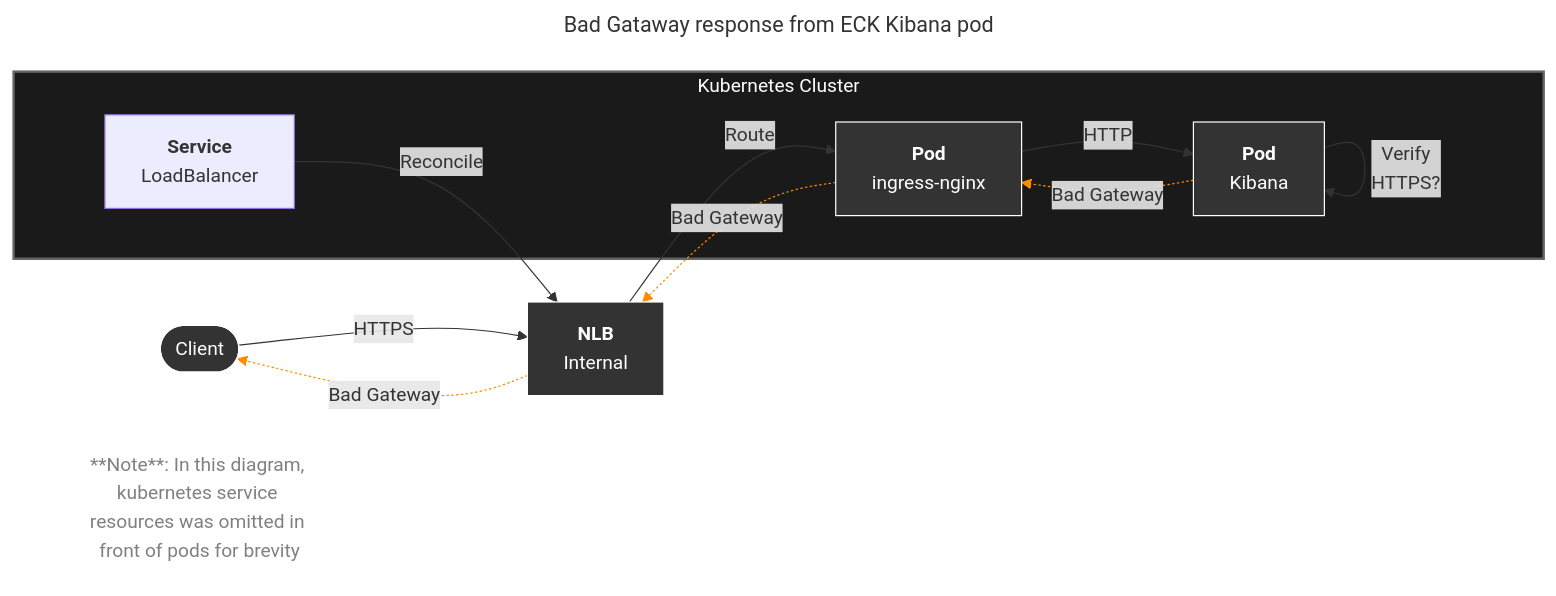
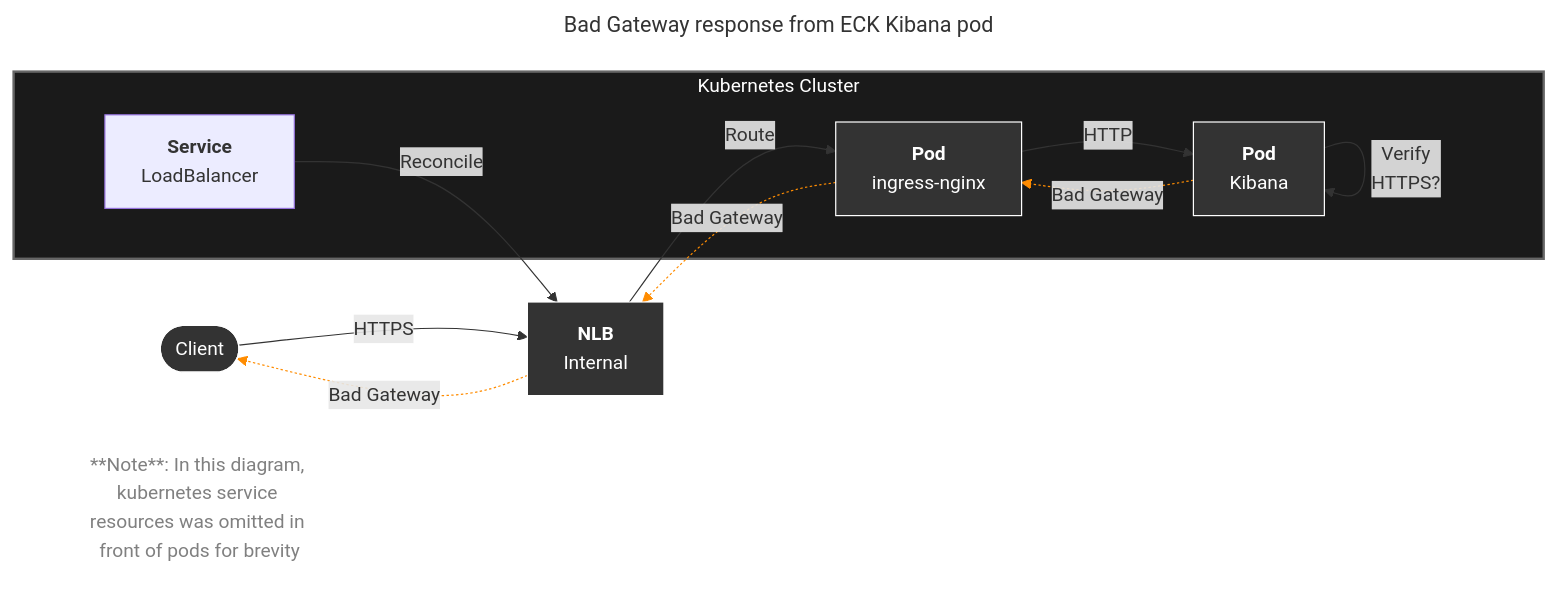
One commit to younsl/younsl.github.io changed the second of 2 diagrams in content/blog/eck-kibana-behind-ingress-nginx/index.md. Above: the diagram before and after it, drawn with Mermaid.

Commit message:
chore: Convert image to mermaid flowchart

````diff
--- a/content/blog/eck-kibana-behind-ingress-nginx/index.md
+++ b/content/blog/eck-kibana-behind-ingress-nginx/index.md
@@ -116,44 +116,44 @@
 ```mermaid
 ---
-title: Bad Gataway response from ECK Kibana pod
+title: Bad Gateway response from ECK Kibana pod
 ---
 flowchart LR
     Client([Client]) 
     NLB["`**NLB**
     Internal`"]
     
     subgraph K8S["Kubernetes Cluster"]
         Service["`**Service**
         LoadBalancer`"]
         IngressPod["`**Pod**
         ingress-nginx`"]
         KibanaPod["`**Pod**
         Kibana`"]
         
         IngressPod --HTTP--> KibanaPod
         KibanaPod --"`Verify
         HTTPS?`"--> KibanaPod
         KibanaPod -.Bad Gateway.-> IngressPod
     end
 
     Service --Reconcile--> NLB
     
     Client -->|HTTPS| NLB
     NLB --Route--> IngressPod
     IngressPod -.Bad Gateway.-> NLB
     NLB -.Bad Gateway.-> Client
     
     style Client fill:#333,stroke:#fff,color:#fff
     style NLB fill:#333,stroke:#fff,color:#fff
     style IngressPod fill:#333,stroke:#fff,color:#fff
     style KibanaPod fill:#333,stroke:#fff,color:#fff
     style K8S fill:#1a1a1a,stroke:#666,stroke-width:2px,color:#fff
 
     linkStyle 7 stroke:#ff8c00,stroke-width:1px
     linkStyle 6 stroke:#ff8c00,stroke-width:1px
     linkStyle 2 stroke:#ff8c00,stroke-width:1px
 
     note1["**Note**: In this diagram, kubernetes service resources was omitted in front of pods for brevity"]
     note1 ~~~ NLB 
     style note1 fill:transparent,color:gray,stroke-width:0px
 ```
````
